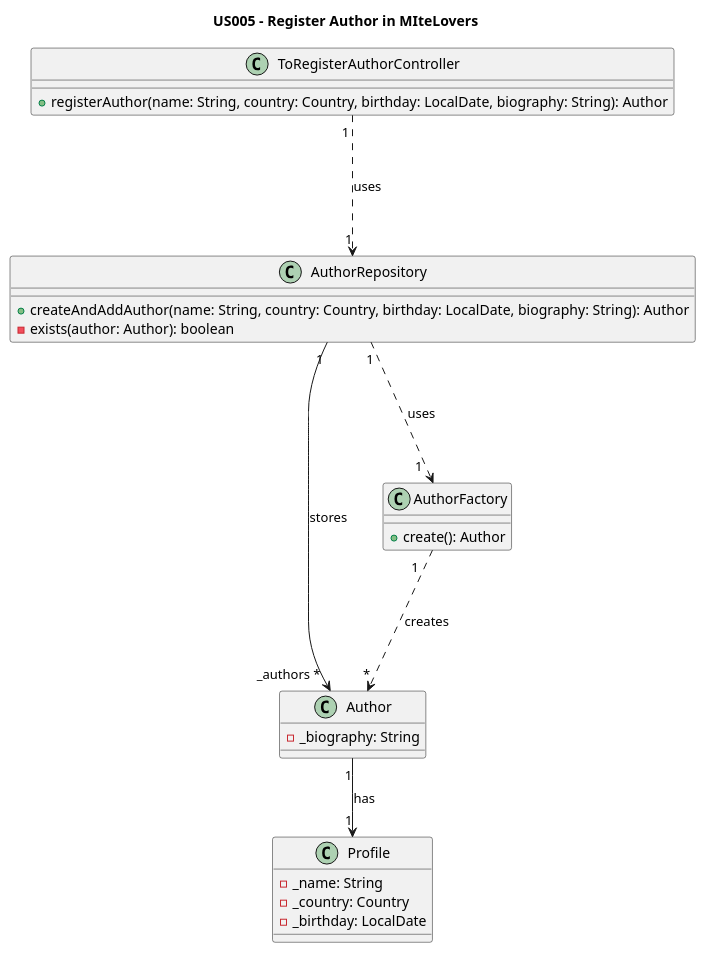
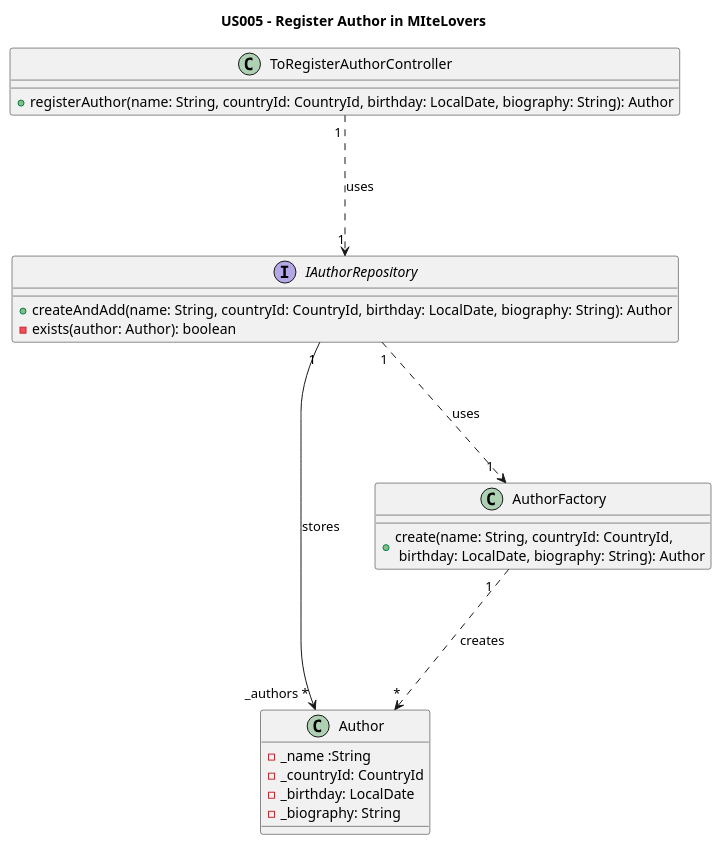
Before and after one commit to AndrePereiraGitH/SWitCH-Project-Team_A: the diagram in Diagrams/ClassDiagrams/US005-to-register-an-author-in-MiteLovers.puml, drawn with PlantUML. The commit also changed 2 other files, not shown here.

```diff
--- a/Diagrams/ClassDiagrams/US005-to-register-an-author-in-MiteLovers.puml
+++ b/Diagrams/ClassDiagrams/US005-to-register-an-author-in-MiteLovers.puml
@@ -1,35 +1,31 @@
 @startuml
 title US005 - Register Author in MIteLovers
 
 class ToRegisterAuthorController {
-  +registerAuthor(name: String, country: Country, birthday: LocalDate, biography: String): Author
+  +registerAuthor(name: String, countryId: CountryId, birthday: LocalDate, biography: String): Author
 }
 
-class AuthorRepository {
-  +createAndAddAuthor(name: String, country: Country, birthday: LocalDate, biography: String): Author
+interface IAuthorRepository {
+  +createAndAdd(name: String, countryId: CountryId, birthday: LocalDate, biography: String): Author
   /'NO NEED FOR THIS US +getAllAuthors()'/
   -exists(author: Author): boolean
 }
 
 class Author {
+  -_name :String
+  -_countryId: CountryId
+  -_birthday: LocalDate
   -_biography: String
 }
 
-class Profile {
-  -_name: String
-  -_country: Country
-  -_birthday: LocalDate
-
-}
 class AuthorFactory {
-+ create(): Author
++ create(name: String, countryId: CountryId, \n birthday: LocalDate, biography: String): Author
 }
 
 
-ToRegisterAuthorController "1 " -.-> "1" AuthorRepository : uses
-AuthorRepository "1" --> "_authors *" Author : stores
-AuthorRepository "1" -.-> "                     1" AuthorFactory : uses
+ToRegisterAuthorController "1 " -.-> "1" IAuthorRepository : uses
+IAuthorRepository "1" --> "_authors *" Author : stores
+IAuthorRepository "1" -.-> "                     1" AuthorFactory : uses
 AuthorFactory "1   " -.-> "*" Author : creates
-Author "1" --> "1" Profile : has
 
 @enduml
```
